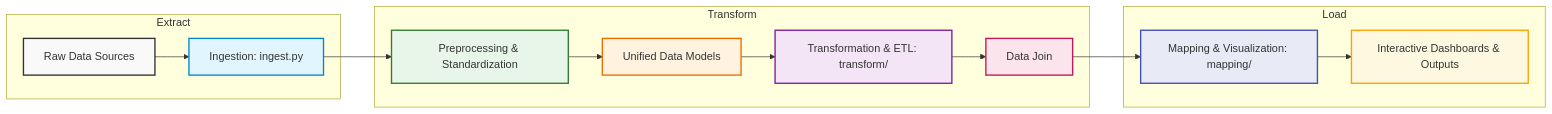
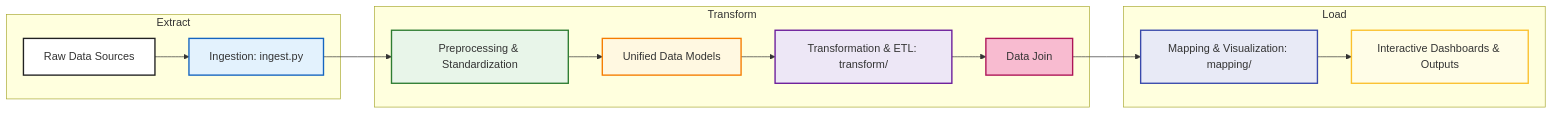
One commit to sayertindall/ArgGIS changed the first of 5 diagrams in ArgGIS/README.md. Above: the diagram before and after it, drawn with Mermaid. The commit also changed other lines of this file and 1 other file, not shown here.

````diff
--- a/ArgGIS/README.md
+++ b/ArgGIS/README.md
@@ -17,36 +17,36 @@
 ```mermaid
 flowchart LR
     A["Raw Data Sources"] --> B["Ingestion: ingest.py"]
     B --> C["Preprocessing & Standardization"]
     C --> D["Unified Data Models"]
     D --> E["Transformation & ETL: transform/"]
     E --> F["Data Join"]
     F --> G["Mapping & Visualization: mapping/"]
     G --> H["Interactive Dashboards & Outputs"]
 
     subgraph Extract
       A
       B
     end
 
     subgraph Transform
       C
       D
       E
       F
     end
 
     subgraph Load
       G
       H
     end
 
-    style A fill:#f9f9f9,stroke:#333,stroke-width:2px
-    style B fill:#e1f5fe,stroke:#0288d1,stroke-width:2px
+    style A fill:#ffffff,stroke:#212121,stroke-width:2px
+    style B fill:#e3f2fd,stroke:#1565c0,stroke-width:2px
     style C fill:#e8f5e9,stroke:#2e7d32,stroke-width:2px
-    style D fill:#fff3e0,stroke:#ef6c00,stroke-width:2px
-    style E fill:#f3e5f5,stroke:#7b1fa2,stroke-width:2px
-    style F fill:#fce4ec,stroke:#c2185b,stroke-width:2px
-    style G fill:#e8eaf6,stroke:#3f51b5,stroke-width:2px
-    style H fill:#fff8e1,stroke:#ffa000,stroke-width:2px
+    style D fill:#fff8e1,stroke:#f57c00,stroke-width:2px
+    style E fill:#ede7f6,stroke:#6a1b9a,stroke-width:2px
+    style F fill:#f8bbd0,stroke:#ad1457,stroke-width:2px
+    style G fill:#e8eaf6,stroke:#3949ab,stroke-width:2px
+    style H fill:#fffde7,stroke:#fbc02d,stroke-width:2px
 ```
````
